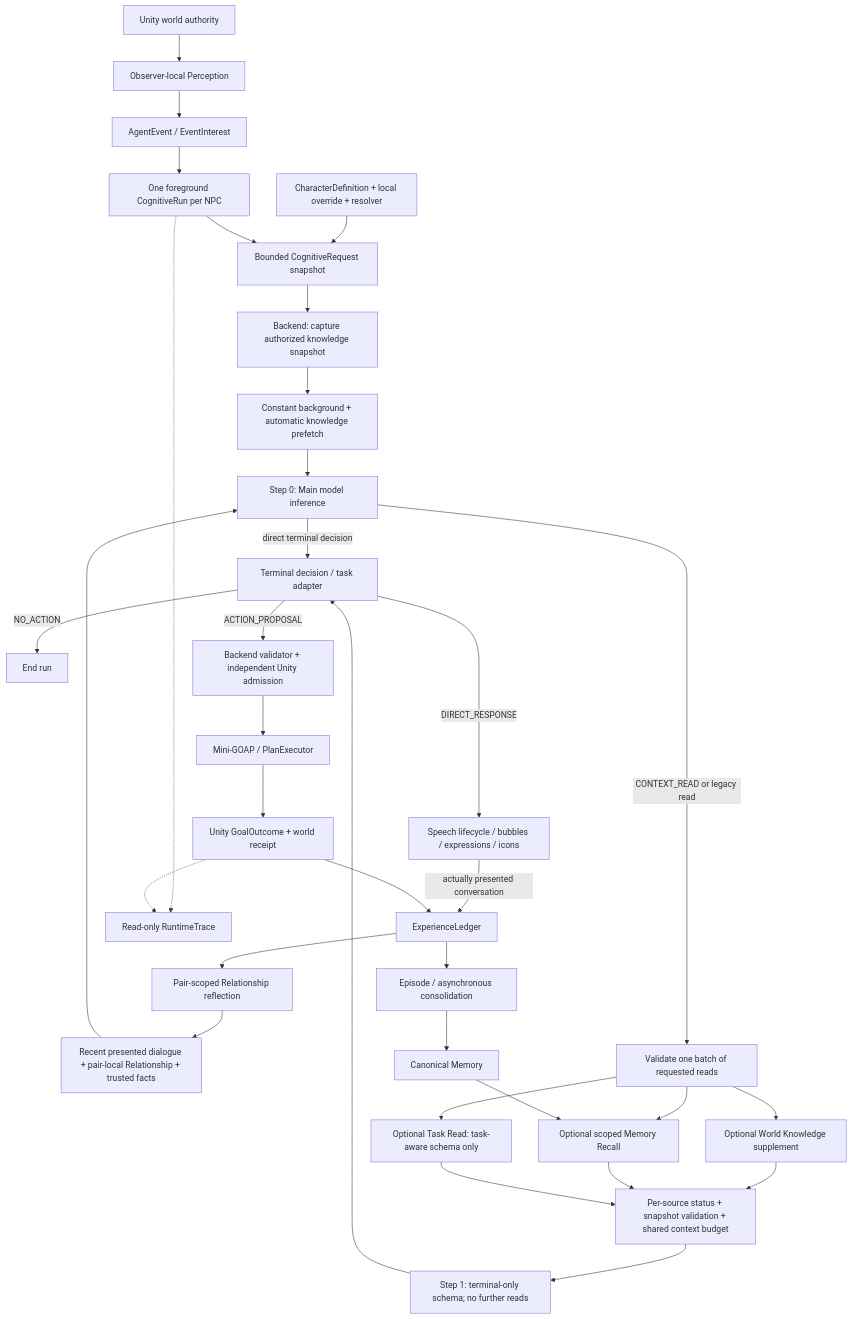
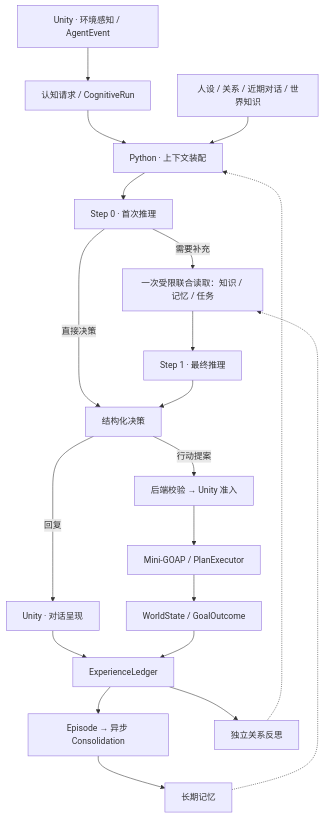
One commit to LYFshota/EmbodiedNPC changed the diagram in Docs/ARCHITECTURE.md. Above: the diagram before and after it, drawn with Mermaid. The commit also changed other lines of this file, not shown here.

Commit message:
docs: make Chinese the default architecture documentation

````diff
--- a/Docs/ARCHITECTURE.md
+++ b/Docs/ARCHITECTURE.md
@@ -21,36 +9,22 @@
 ```mermaid
 flowchart TD
-    W["Unity world authority"] --> P["Observer-local Perception"]
-    P --> E["AgentEvent / EventInterest"]
-    E --> R["One foreground CognitiveRun per NPC"]
-    CP["CharacterDefinition + local override + resolver"] --> C["Bounded CognitiveRequest snapshot"]
-    R --> C
-    C --> K["Backend: capture authorized knowledge snapshot"]
-    K --> PRE["Constant background + automatic knowledge prefetch"]
-    PRE --> B["Step 0: Main model inference"]
-    RD["Recent presented dialogue + pair-local Relationship + trusted facts"] --> B
-    B -->|"direct terminal decision"| D["Terminal decision / task adapter"]
-    B -->|"CONTEXT_READ or legacy read"| Q["Validate one batch of requested reads"]
-    Q --> WK["Optional World Knowledge supplement"]
-    Q --> MR["Optional scoped Memory Recall"]
-    Q --> TR["Optional Task Read: task-aware schema only"]
-    WK --> J["Per-source status + snapshot validation + shared context budget"]
-    MR --> J
-    TR --> J
-    J --> S1["Step 1: terminal-only schema; no further reads"]
+    P["Unity · 环境感知 / AgentEvent"] --> C["认知请求 / CognitiveRun"]
+    C --> B["Python · 上下文装配"]
+    K["人设 / 关系 / 近期对话 / 世界知识"] --> B
+    B --> S0["Step 0 · 首次推理"]
+    S0 -->|需要补充| R["一次受限联合读取：知识 / 记忆 / 任务"]
+    R --> S1["Step 1 · 最终推理"]
+    S0 -->|直接决策| D["结构化决策"]
     S1 --> D
-    D -->|"DIRECT_RESPONSE"| V["Speech lifecycle / bubbles / expressions / icons"]
-    D -->|"NO_ACTION"| FIN["End run"]
-    D -->|"ACTION_PROPOSAL"| A["Backend validator + independent Unity admission"]
+    D -->|回复| V["Unity · 对话呈现"]
+    D -->|行动提案| A["后端校验 → Unity 准入"]
     A --> X["Mini-GOAP / PlanExecutor"]
-    X --> O["Unity GoalOutcome + world receipt"]
-    V -->|"actually presented conversation"| EX["ExperienceLedger"]
-    O --> EX
-    EX --> EP["Episode / asynchronous consolidation"]
-    EP --> LM["Canonical Memory"]
-    LM --> MR
-    EX --> RR["Pair-scoped Relationship reflection"]
-    RR --> RD
-    R -.-> T["Read-only RuntimeTrace"]
-    O -.-> T
+    X --> W["WorldState / GoalOutcome"]
+    V --> E["ExperienceLedger"]
+    W --> E
+    E --> EP["Episode → 异步 Consolidation"]
+    EP --> M["长期记忆"]
+    E --> RR["独立关系反思"]
+    M -.-> R
+    RR -.-> B
 ```
````
